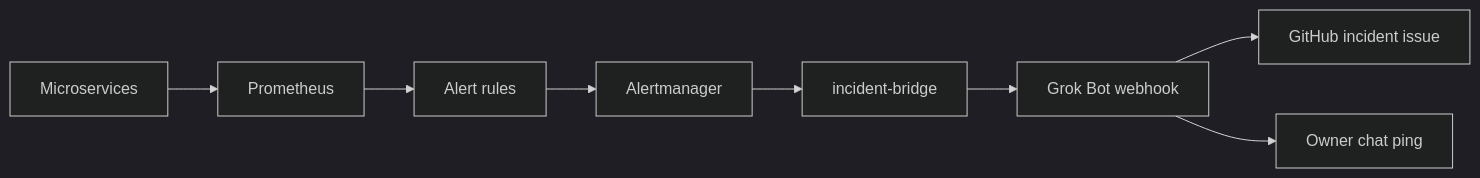
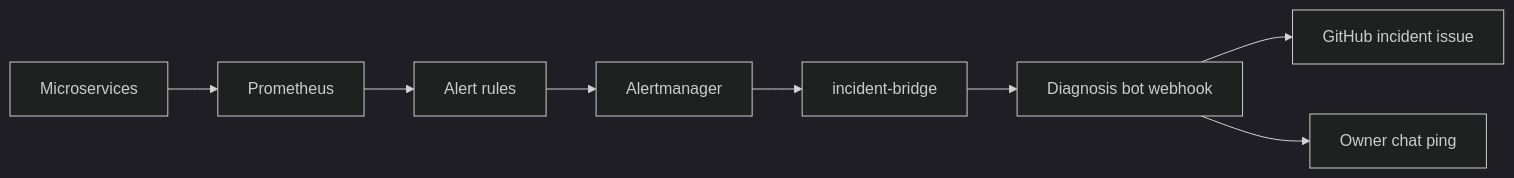
The second of 2 diagrams in README.md (ritvikindupuri/ResilienceOps), drawn with Mermaid (dark theme) before and after one commit. The commit also changed other lines of this file and 40 other files, not shown here.

First line of the commit message:
Add approval-gated Incident Remediation bot (#13)

````diff
--- a/README.md
+++ b/README.md
@@ -878,10 +1030,10 @@
 ```mermaid
 flowchart LR
   services[Microservices] --> prom[Prometheus]
   prom --> rules[Alert rules]
   rules --> am[Alertmanager]
   am --> bridge[incident-bridge]
-  bridge --> grok[Grok Bot webhook]
-  grok --> gh[GitHub incident issue]
-  grok --> chat[Owner chat ping]
+  bridge --> diag[Diagnosis bot webhook]
+  diag --> gh[GitHub incident issue]
+  diag --> chat[Owner chat ping]
 ```
````
